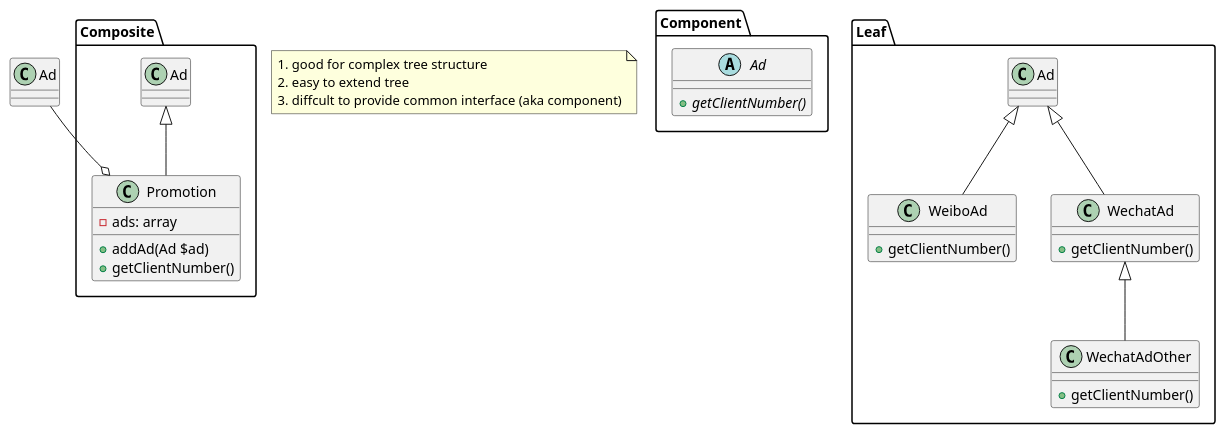
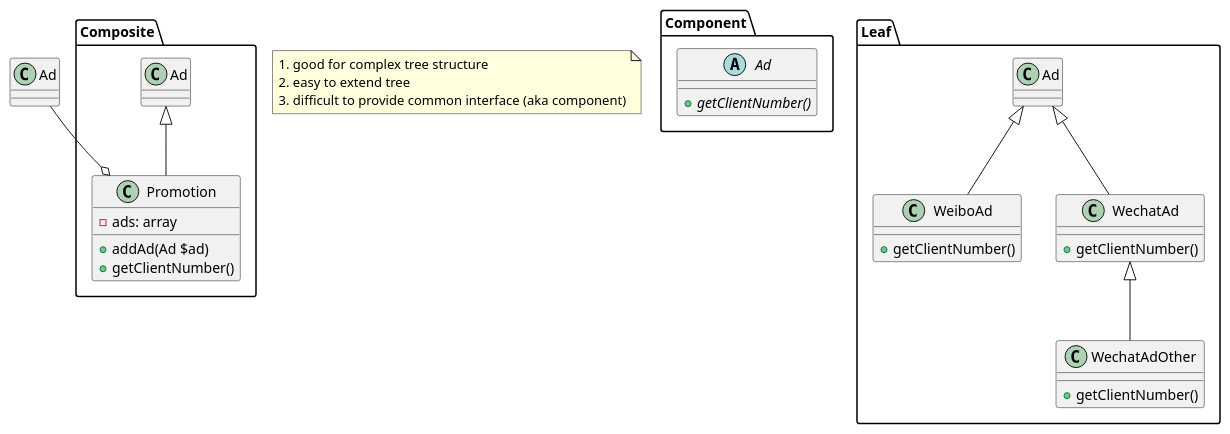
One commit to aspirantzhang/learning-design-pattern changed the diagram in flexible-objects/composite/uml.wsd. Above: the diagram before and after it, drawn with PlantUML. The commit also changed 1 other file, not shown here.

```diff
--- a/flexible-objects/composite/uml.wsd
+++ b/flexible-objects/composite/uml.wsd
@@ -1,34 +1,34 @@
 @startuml Composite
 page 3x3
 package Component {
     abstract class Ad {
         {abstract} +getClientNumber()
     }
 }
 
 package Leaf {
     class WeiboAd extends Ad {
         +getClientNumber()
     }
     class WechatAd extends Ad {
         +getClientNumber()
     }
     class WechatAdOther extends WechatAd {
         +getClientNumber()
     }
 }
 package Composite {
     class Promotion extends Ad {
         -ads: array
         +addAd(Ad $ad)
         +getClientNumber()
     }
 }
 Ad --o Promotion
 
 note as n1
     1. good for complex tree structure
     2. easy to extend tree
-    3. diffcult to provide common interface (aka component)
+    3. difficult to provide common interface (aka component)
 endnote
 @enduml
```
